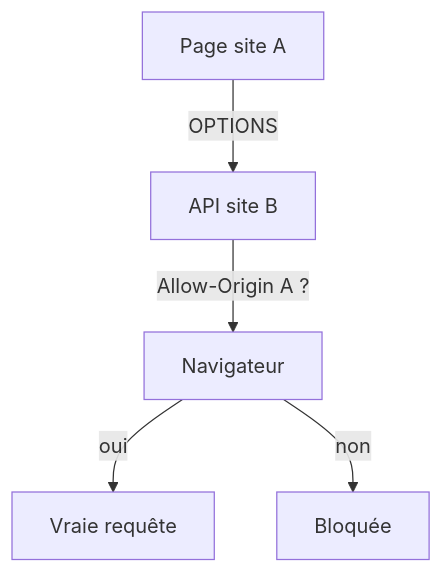
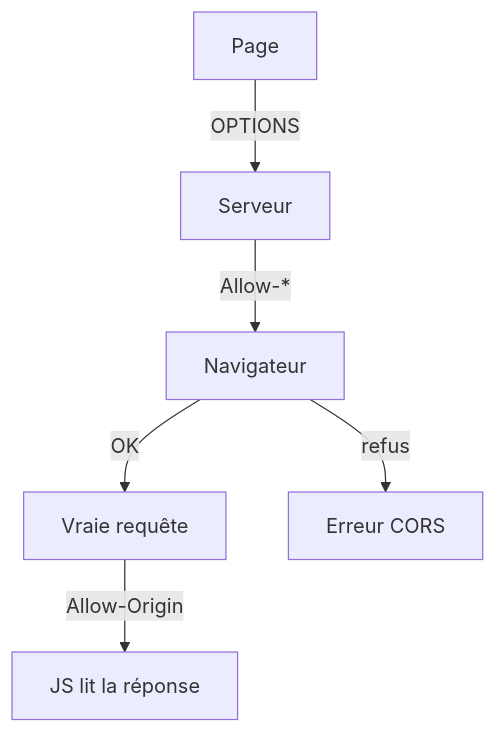
Before and after one commit to galsen-76/Informatique-: the diagram in 03 — Concepts/CORS.md, drawn with Mermaid. The commit also changed other lines of this file and 9 other files, not shown here.

````diff
--- a/03 — Concepts/CORS.md
+++ b/03 — Concepts/CORS.md
@@ -49,7 +80,8 @@
 ```mermaid
 flowchart TD
-P[Page site A] -->|OPTIONS| S[API site B]
-  S -->|Allow-Origin A ?| N[Navigateur]
-  N -->|oui| R[Vraie requête]
-  N -->|non| X[Bloquée]
+P[Page] -->|OPTIONS| S[Serveur]
+S -->|Allow-*| N[Navigateur]
+N -->|OK| R[Vraie requête]
+N -->|refus| X[Erreur CORS]
+R -->|Allow-Origin| L[JS lit la réponse]
 ```
````
